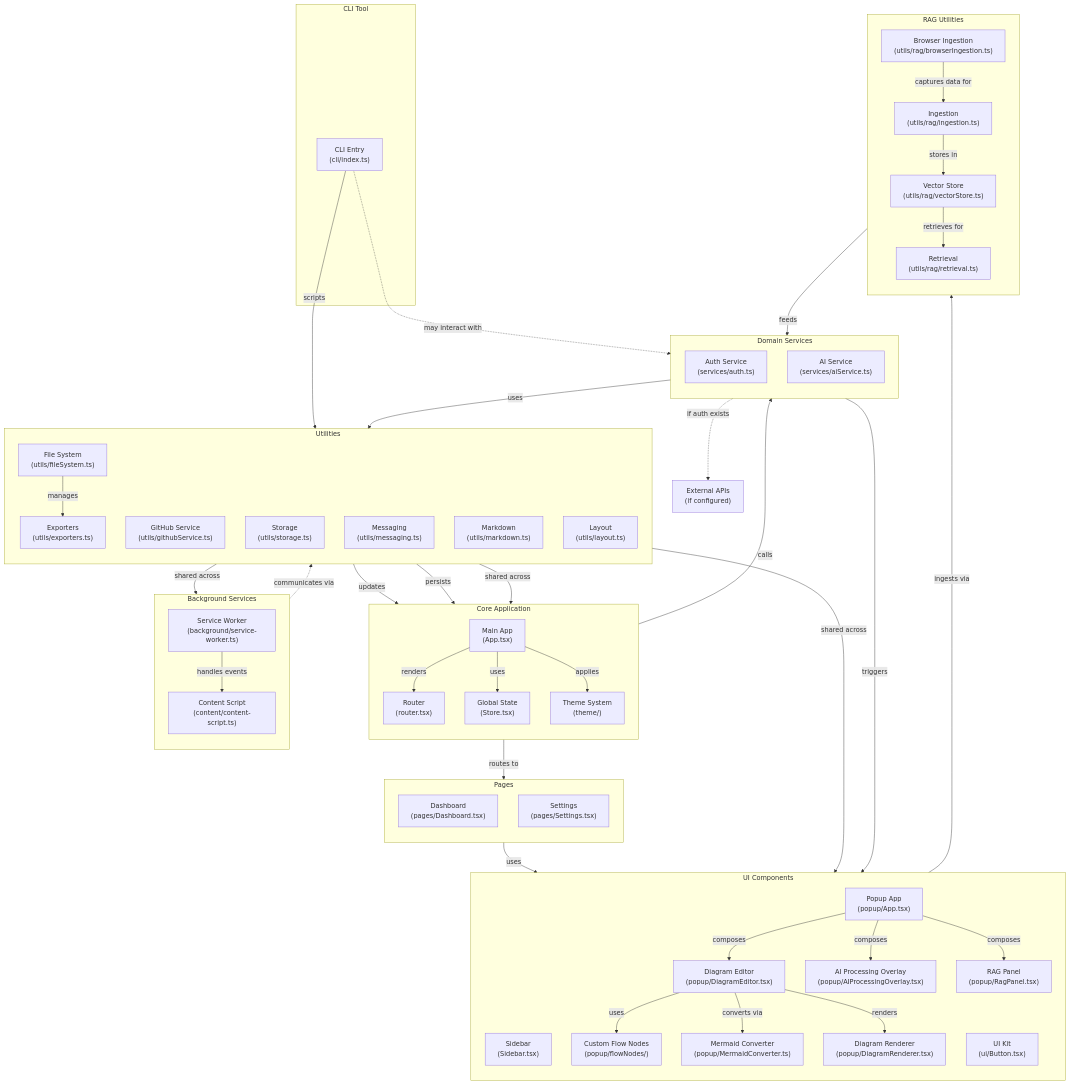
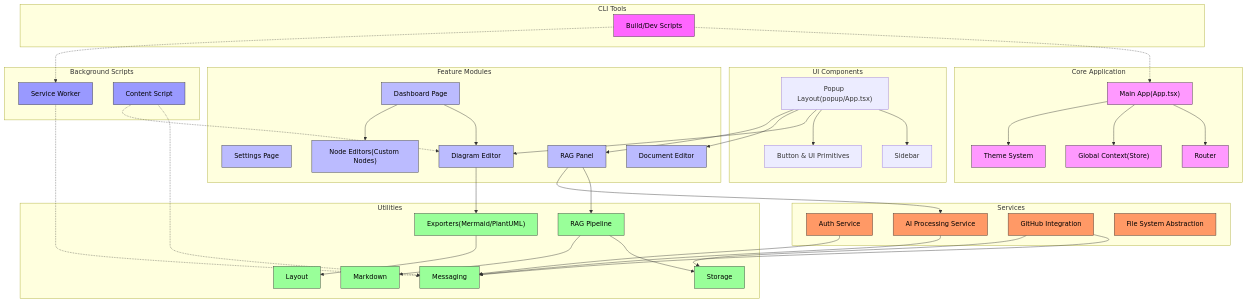
Before and after one commit to roshankumar0036singh/DevCanvas: the diagram in docs/architecture.mmd, drawn with Mermaid.

Commit message:
docs: auto-update architecture diagram

```diff
--- a/docs/architecture.mmd
+++ b/docs/architecture.mmd
@@ -1,114 +1,108 @@
 flowchart TD
-%% ========== MAIN COMPONENTS ==========
+%% ========== SUBGRAPHS ==========
     subgraph Core["Core Application"]
-        direction TB
-        App["Main App\n(App.tsx)"]
-        Router["Router\n(router.tsx)"]
-        Store["Global State\n(Store.tsx)"]
-        Theme["Theme System\n(theme/)"]
+        A1["Main App(App.tsx)"]
+        R1["Router"]
+        C1["Global Context(Store)"]
+        T1["Theme System"]
     end
 
     subgraph UI_Components["UI Components"]
-        direction TB
-        Sidebar["Sidebar\n(Sidebar.tsx)"]
-        UI_Kit["UI Kit\n(ui/Button.tsx)"]
-        Popup_App["Popup App\n(popup/App.tsx)"]
-        Diagram_Editor["Diagram Editor\n(popup/DiagramEditor.tsx)"]
-        Diagram_Renderer["Diagram Renderer\n(popup/DiagramRenderer.tsx)"]
-        Flow_Nodes["Custom Flow Nodes\n(popup/flowNodes/)"]
-        Mermaid_Converter["Mermaid Converter\n(popup/MermaidConverter.ts)"]
-        AI_Overlay["AI Processing Overlay\n(popup/AIProcessingOverlay.tsx)"]
-        RAG_Panel["RAG Panel\n(popup/RagPanel.tsx)"]
+        UC1["Sidebar"]
+        UC2["Button & UI Primitives"]
+        UC3["Popup Layout(popup/App.tsx)"]
     end
 
-    subgraph Pages["Pages"]
-        direction TB
-        Dashboard_Page["Dashboard\n(pages/Dashboard.tsx)"]
-        Settings_Page["Settings\n(pages/Settings.tsx)"]
+    subgraph Feature_Modules["Feature Modules"]
+        FM1["Dashboard Page"]
+        FM2["Settings Page"]
+        FM3["Diagram Editor"]
+        FM4["Document Editor"]
+        FM5["RAG Integration Panel"]
+        FM6["Node Editors(Custom Nodes)"]
     end
 
-    subgraph Background_Services["Background Services"]
-        direction TB
-        SW["Service Worker\n(background/service-worker.ts)"]
-        Content_Script["Content Script\n(content/content-script.ts)"]
+    subgraph Services["Services"]
+        S1["Auth Service"]
+        S2["AI Processing Service"]
+        S3["GitHub Integration"]
+        S4["File System Abstraction"]
     end
 
-    subgraph CLI["CLI Tool"]
-        CLI_Entry["CLI Entry\n(cli/index.ts)"]
+    subgraph Utilities["Utilities"]
+        U1["Markdown Processing"]
+        U2["Layout Algorithms"]
+        U3["Storage Helpers"]
+        U4["Messaging System"]
+        U5["RAG Pipeline"]
+        U6["Exporters(Mermaid/PlantUML)"]
     end
 
-    %% ========== SERVICES & UTILS ==========
-    subgraph Services["Domain Services"]
-        direction TB
-        Auth_Service["Auth Service\n(services/auth.ts)"]
-        AI_Service["AI Service\n(services/aiService.ts)"]
+    subgraph Background_Scripts["Background Scripts"]
+        BS1["Service Worker"]
+        BS2["Content Script"]
     end
 
-    subgraph Utils["Utilities"]
-        direction TB
-        File_System["File System\n(utils/fileSystem.ts)"]
-        GitHub_Service["GitHub Service\n(utils/githubService.ts)"]
-        Storage["Storage\n(utils/storage.ts)"]
-        Messaging["Messaging\n(utils/messaging.ts)"]
-        Exporters["Exporters\n(utils/exporters.ts)"]
-        Markdown["Markdown\n(utils/markdown.ts)"]
-        Layout["Layout\n(utils/layout.ts)"]
+    subgraph CLI["CLI Tools"]
+        CL1["Build/Dev Scripts"]
     end
 
-    subgraph RAG_Utils["RAG Utilities"]
-        direction TB
-        Ingestion["Ingestion\n(utils/rag/ingestion.ts)"]
-        Retrieval["Retrieval\n(utils/rag/retrieval.ts)"]
-        Vector_Store["Vector Store\n(utils/rag/vectorStore.ts)"]
-        Browser_Ingestion["Browser Ingestion\n(utils/rag/browserIngestion.ts)"]
-    end
+    %% ========== EXTERNAL DEPENDENCIES(if inferred from utils/services) ==========
+    %% NOTE: Only included if explicitly referenced in code(e.g., Firebase SDK imports)
+    %% Placeholder for future explicit deps(currently none validated)
+    %% External1["<External Service>"]
 
-    %% ========== EXTERNAL DEPENDENCIES ==========
-    %% NOTE: Only included if explicitly referenced in code/package.json
-    %% (None detected in provided structure; placeholder for future use)
-    External_APIs["External APIs\n(if configured)"]
-
-    %% ========== FLOW & INTERACTIONS ==========
-    %% Core Flow
-    App -->|renders| Router
-    Router -->|routes to| Pages
-    App -->|uses| Store
-    App -->|applies| Theme
+    %% ========== FLOW CONNECTIONS ==========
+    %% Core Dependencies
+    A1 --> R1
+    A1 --> C1
+    A1 --> T1
 
     %% UI Composition
-    Popup_App -->|composes| Diagram_Editor
-    Popup_App -->|composes| AI_Overlay
-    Popup_App -->|composes| RAG_Panel
-    Diagram_Editor -->|uses| Flow_Nodes
-    Diagram_Editor -->|converts via| Mermaid_Converter
-    Diagram_Editor -->|renders| Diagram_Renderer
-    Pages -->|uses| UI_Components
+    UC3 --> UC1
+    UC3 --> UC2
+    UC3 --> FM3["Diagram Editor"]
+    UC3 --> FM4["Document Editor"]
+    UC3 --> FM5["RAG Panel"]
+
+    %% Feature Module Dependencies
+    FM1 --> FM3
+    FM1 --> FM6
+    FM3 --> U6
+    FM5 --> U5
+    FM5 --> S2
 
     %% Service Dependencies
-    App -->|calls| Services
-    Services -->|uses| Utils
-    AI_Service -->|triggers| AI_Overlay
-    Auth_Service -.->|if auth exists| External_APIs
+    S2 --> U4["Messaging"]
+    S3 --> U4
+    S1 --> U4
+    S3 --> U3["Storage"]
 
-    %% Background Services
-    SW -->|handles events| Content_Script
-    Content_Script -.->|communicates via| Messaging
-    Messaging -->|updates| Store
+    %% Utility Dependencies
+    U5 --> U3
+    U5 --> U1["Markdown"]
+    U6 --> U2["Layout"]
 
-    %% RAG Workflow
-    RAG_Panel -->|ingests via| Ingestion
-    Ingestion -->|stores in| Vector_Store
-    Vector_Store -->|retrieves for| Retrieval
-    Retrieval -->|feeds| AI_Service
-    Browser_Ingestion -->|captures data for| Ingestion
+    %% Script Interactions
+    BS1 -.-> U4
+    BS2 -.-> U4
+    BS2 -.-> FM3
 
-    %% CLI Integration
-    CLI_Entry -->|scripts| Utils
-    CLI_Entry -.->|may interact with| Services
+    %% CLI Build Flow
+    CL1 -.-> A1
+    CL1 -.-> BS1
 
-    %% Utility Usage
-    Utils -->|shared across| Core
-    Utils -->|shared across| UI_Components
-    Utils -->|shared across| Background_Services
-    Storage -->|persists| Store
-    File_System -->|manages| Exporters
+    %% ========== STYLING ==========
+    classDef core fill:#f9f,stroke:#333,color:#000
+    classDef feature fill:#bbf,stroke:#333,color:#000
+    classDef service fill:#f96,stroke:#333,color:#000
+    classDef utility fill:#9f9,stroke:#333,color:#000
+    classDef script fill:#99f,stroke:#333,color:#000
+    classDef cli fill:#f6f,stroke:#333,color:#000
+
+    class A1,R1,C1,T1 core
+    class FM1,FM2,FM3,FM4,FM5,FM6 feature
+    class S1,S2,S3,S4 service
+    class U1,U2,U3,U4,U5,U6 utility
+    class BS1,BS2 script
+    class CL1 cli
```
